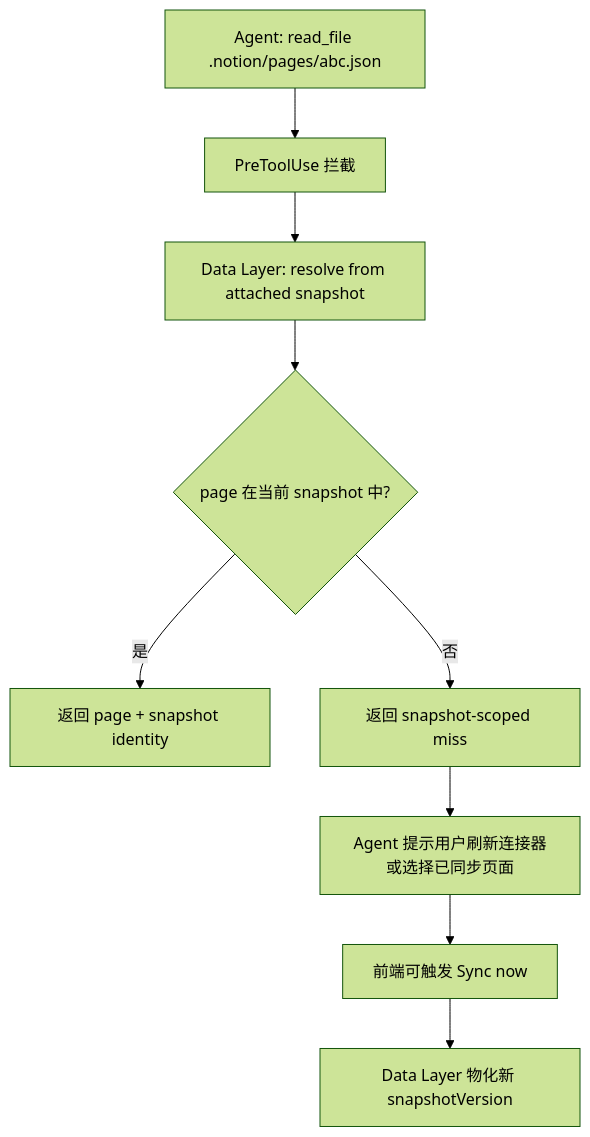
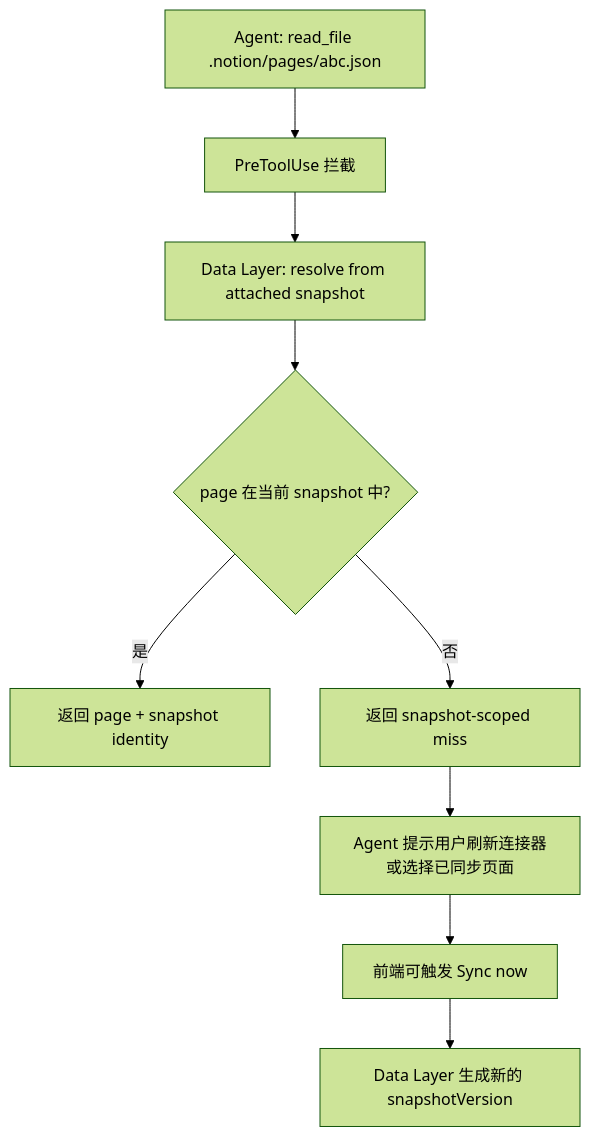
One commit to glide-the/im-dream changed the seventh of 18 diagrams in docs/design/claude-agent/notion-point/resource-connector-flowcharts.md. Above: the diagram before and after it, drawn with Mermaid (forest theme). The commit also changed other lines of this file and 51 other files, not shown here.

````diff
--- a/docs/design/claude-agent/notion-point/resource-connector-flowcharts.md
+++ b/docs/design/claude-agent/notion-point/resource-connector-flowcharts.md
@@ -208,12 +208,12 @@
 ```mermaid
 flowchart TD
     A[Agent: read_file .notion/pages/abc.json] --> B[PreToolUse 拦截]
     B --> C[Data Layer: resolve from attached snapshot]
     C --> D{page 在当前 snapshot 中?}
 
     D -->|是| E[返回 page + snapshot identity]
     D -->|否| F[返回 snapshot-scoped miss]
     F --> G[Agent 提示用户刷新连接器或选择已同步页面]
     G --> H[前端可触发 Sync now]
-    H --> I[Data Layer 物化新 snapshotVersion]
+    H --> I[Data Layer 生成新的 snapshotVersion]
 ```
````
